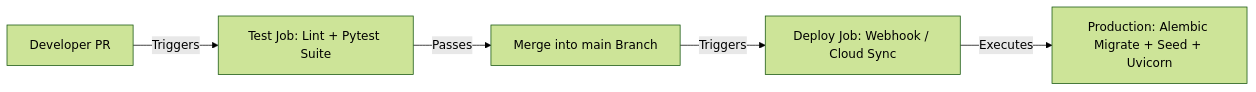
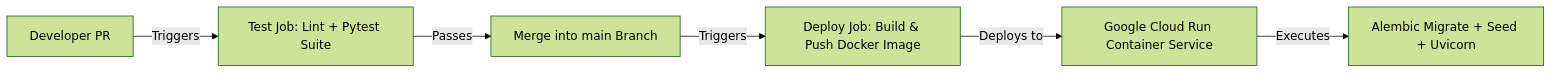
Before and after one commit to GeraldWambui/savannah-clinic-booking-api: the third of 3 diagrams in README.md, drawn with Mermaid (forest theme). The commit also changed other lines of this file and 5 other files, not shown here.

Commit message:
feat(infra): provision GCP Cloud Run and Artifact Registry with Terraform IaC

````diff
--- a/README.md
+++ b/README.md
@@ -235,7 +248,8 @@
 ```mermaid
 flowchart LR
     Dev[Developer PR] --> |Triggers| TestJob[Test Job: Lint + Pytest Suite]
     TestJob --> |Passes| PRMerge[Merge into main Branch]
-    PRMerge --> |Triggers| DeployJob[Deploy Job: Webhook / Cloud Sync]
-    DeployJob --> |Executes| Cloud[Production: Alembic Migrate + Seed + Uvicorn]
+    PRMerge --> |Triggers| DeployJob[Deploy Job: Build & Push Docker Image]
+    DeployJob --> |Deploys to| CloudRun[Google Cloud Run Container Service]
+    CloudRun --> |Executes| Production[Alembic Migrate + Seed + Uvicorn]
 ```
````
